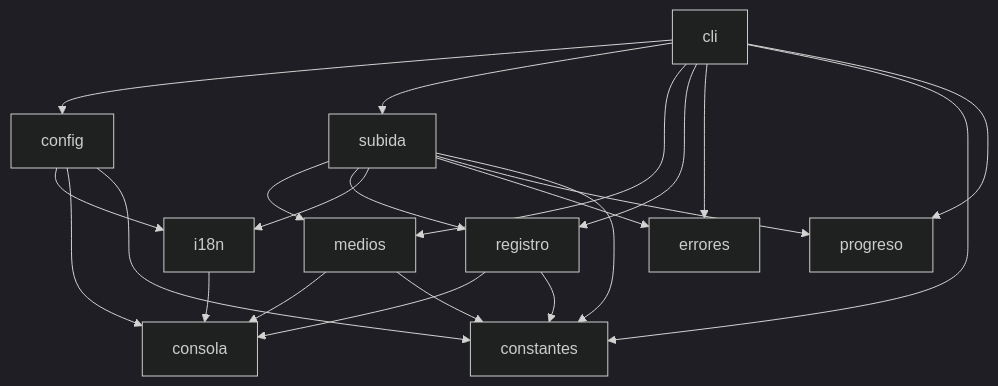
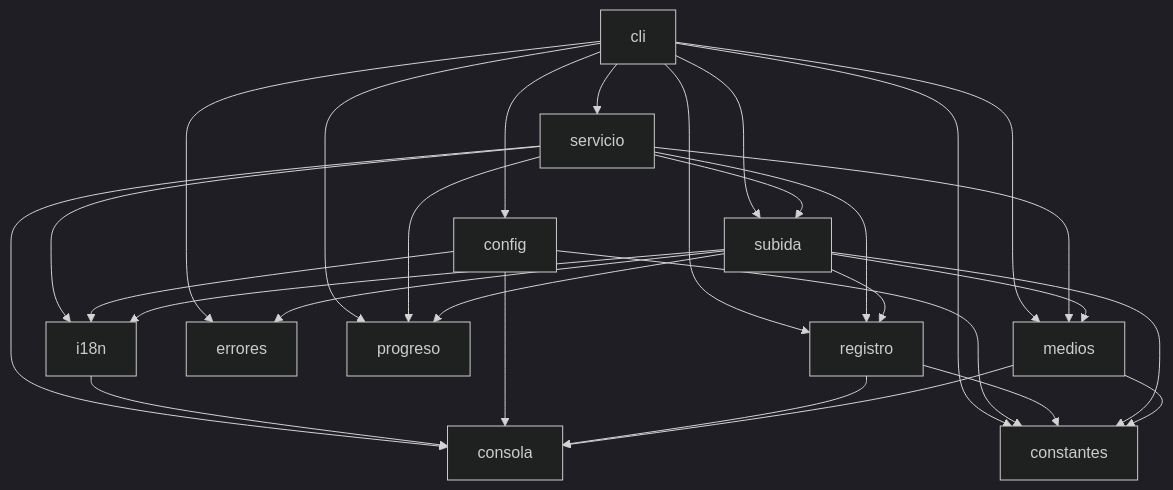
Before and after one commit to al3xFight/telegram-uploader: the first of 2 diagrams in ARQUITECTURA.md, drawn with Mermaid (dark theme). The commit also changed other lines of this file and 4 other files, not shown here.

Commit message:
Refactor: servicio.py con el flujo completo de subida y login por callbacks (Refs #20)

````diff
--- a/ARQUITECTURA.md
+++ b/ARQUITECTURA.md
@@ -33,24 +34,31 @@
 ```mermaid
 flowchart TD
     cli --> config
     cli --> subida
     cli --> medios
     cli --> registro
     cli --> errores
     cli --> constantes
     cli --> progreso
+    cli --> servicio
+    servicio --> subida
+    servicio --> medios
+    servicio --> registro
+    servicio --> progreso
+    servicio --> i18n
+    servicio --> consola
     config --> i18n
     subida --> medios
     subida --> registro
     subida --> i18n
     subida --> errores
     subida --> progreso
     i18n --> consola
     config --> consola
     registro --> consola
     medios --> consola
     config --> constantes
     registro --> constantes
     subida --> constantes
     medios --> constantes
 ```
````
